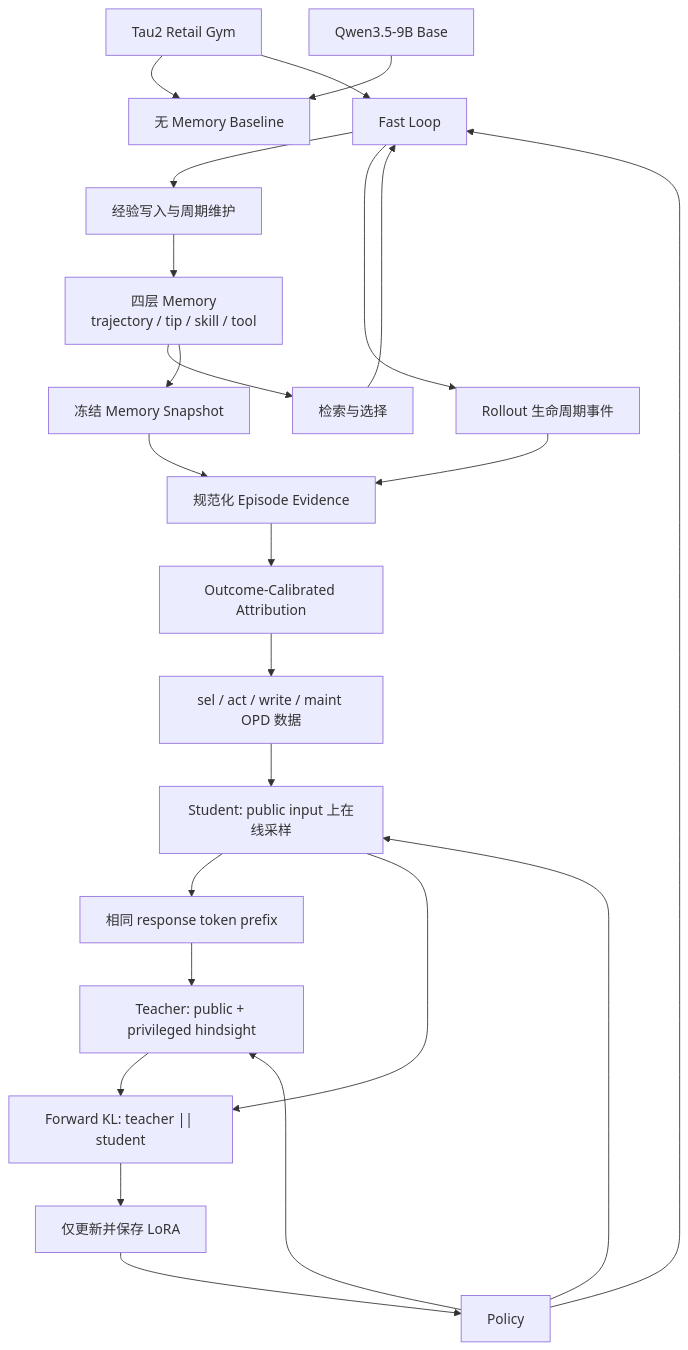
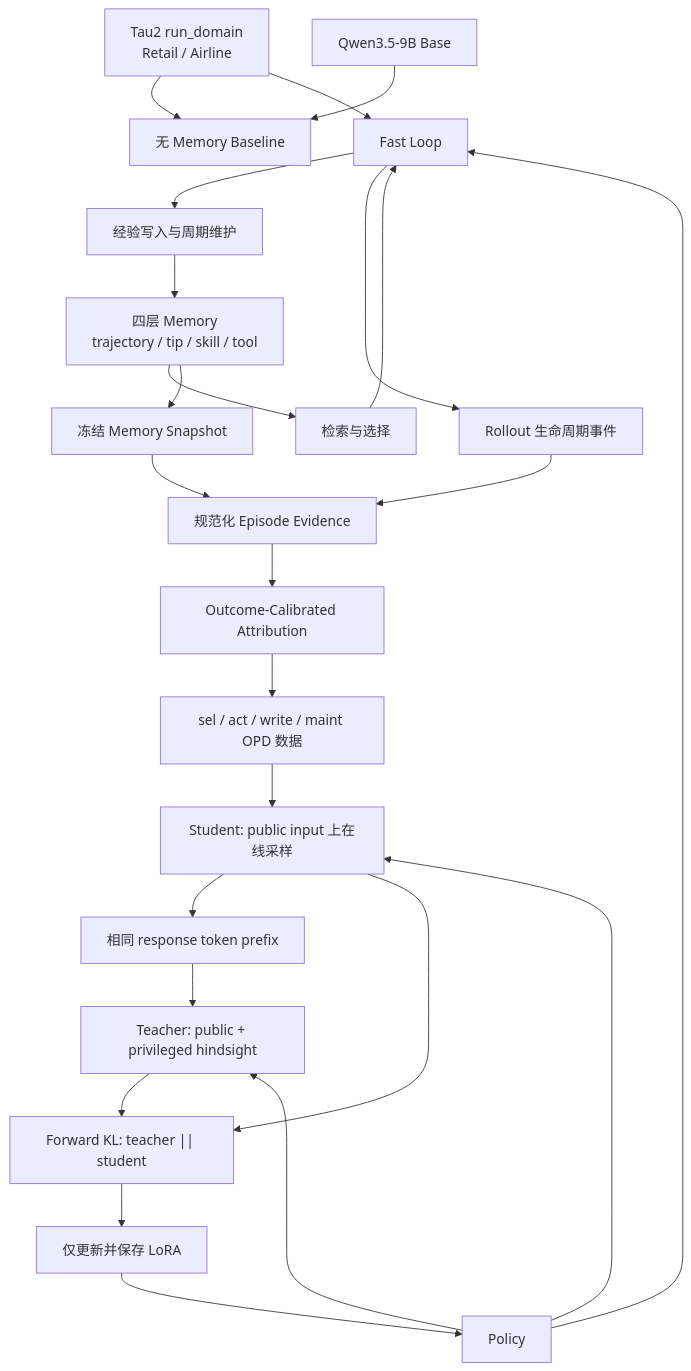
The diagram in README.md (juyixi/tau3-self-evolving-agent), drawn with Mermaid before and after one commit. The commit also changed other lines of this file and 39 other files, not shown here.

Commit message:
feat(airline): add end-to-end domain pipeline

````diff
--- a/README.md
+++ b/README.md
@@ -9,29 +14,29 @@
 ```mermaid
 flowchart TD
-    Tau2["Tau2 Retail Gym"] --> Baseline["无 Memory Baseline"]
+    Tau2["Tau2 run_domain<br/>Retail / Airline"] --> Baseline["无 Memory Baseline"]
     Tau2 --> Fast["Fast Loop"]
     Base["Qwen3.5-9B Base"] --> Baseline
     Policy --> Fast
 
     Memory["四层 Memory<br/>trajectory / tip / skill / tool"] --> Retrieve["检索与选择"]
     Retrieve --> Fast
     Fast --> Write["经验写入与周期维护"]
     Write --> Memory
 
     Fast --> Events["Rollout 生命周期事件"]
     Memory --> Snapshot["冻结 Memory Snapshot"]
     Events --> Evidence["规范化 Episode Evidence"]
     Snapshot --> Evidence
     Evidence --> Attribution["Outcome-Calibrated Attribution"]
     Attribution --> Dataset["sel / act / write / maint OPD 数据"]
 
     Dataset --> Student["Student: public input 上在线采样"]
     Student --> Prefix["相同 response token prefix"]
     Prefix --> Teacher["Teacher: public + privileged hindsight"]
     Policy --> Student
     Policy --> Teacher
     Teacher --> KL["Forward KL: teacher || student"]
     Student --> KL
     KL --> Adapter["仅更新并保存 LoRA"]
     Adapter --> Policy
 ```
````
